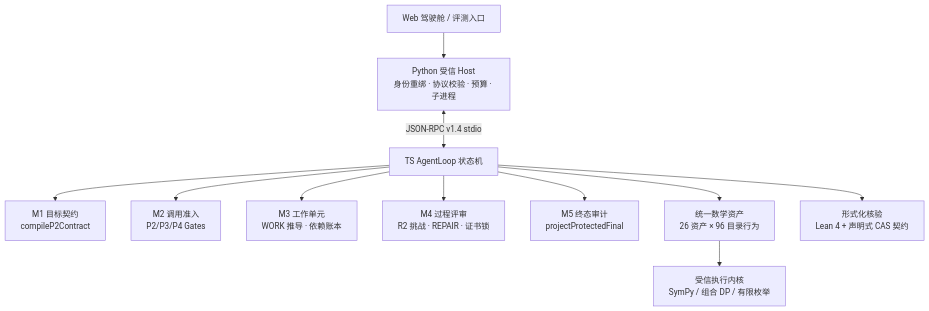
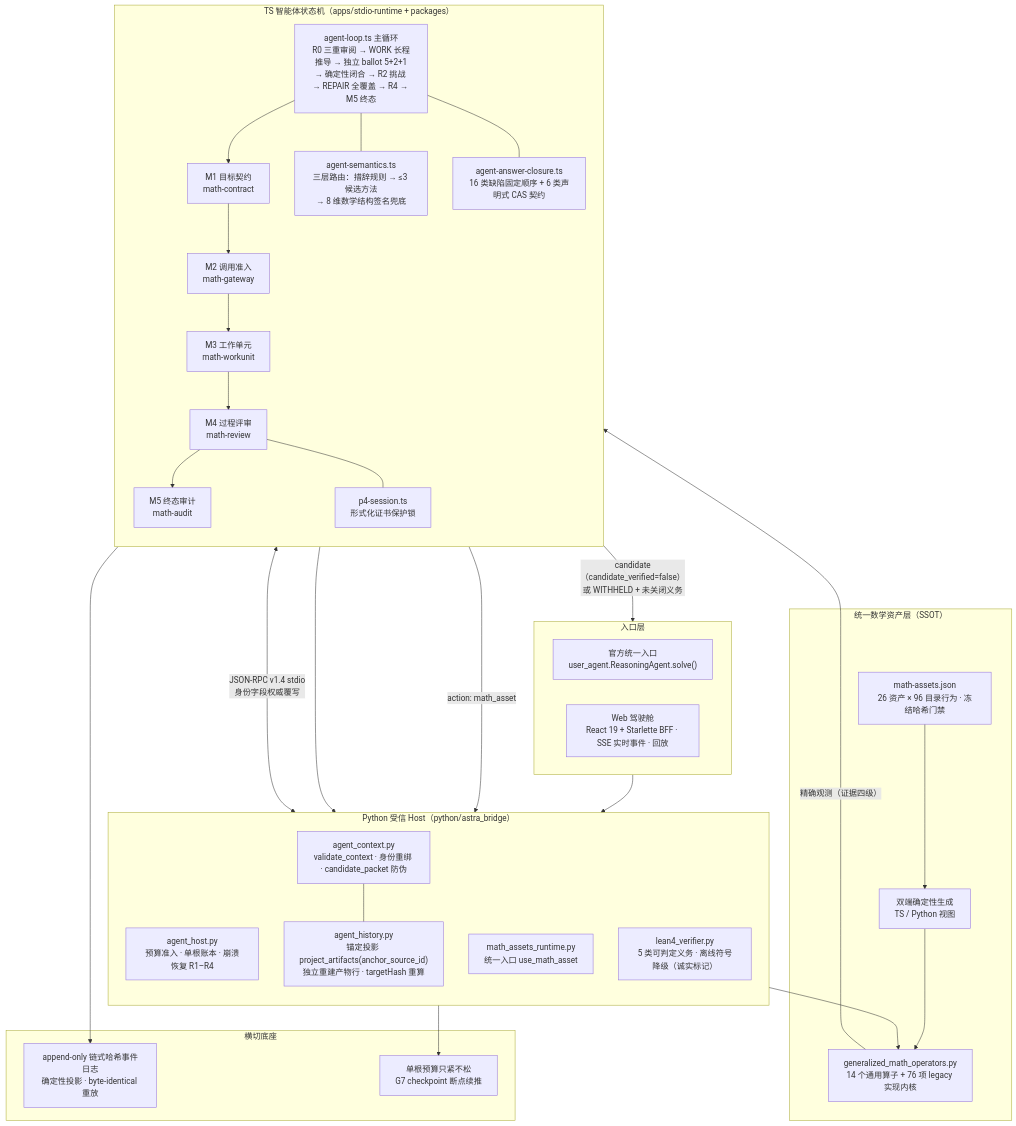
The diagram in README.md (3294682143-gif/astra-refactored), drawn with Mermaid before and after one commit. The commit also changed other lines of this file and 21 other files, not shown here.

Commit message:
feat: add one-click startup scripts, web solver config and reproduction assets

````diff
--- a/README.md
+++ b/README.md
@@ -34,13 +37,56 @@
 ```mermaid
 flowchart TD
-    UI["Web 驾驶舱 / 评测入口"] --> PY["Python 受信 Host<br/>身份重绑 · 协议校验 · 预算 · 子进程"]
-    PY <-->|"JSON-RPC v1.4 stdio"| TS["TS AgentLoop 状态机"]
-    TS --> M1["M1 目标契约<br/>compileP2Contract"]
-    TS --> M2["M2 调用准入<br/>P2/P3/P4 Gates"]
-    TS --> M3["M3 工作单元<br/>WORK 推导 · 依赖账本"]
-    TS --> M4["M4 过程评审<br/>R2 挑战 · REPAIR · 证书锁"]
-    TS --> M5["M5 终态审计<br/>projectProtectedFinal"]
-    TS --> AS["统一数学资产<br/>26 资产 × 96 目录行为"]
-    AS --> EX["受信执行内核<br/>SymPy / 组合 DP / 有限枚举"]
-    TS --> FV["形式化核验<br/>Lean 4 + 声明式 CAS 契约"]
+    subgraph ENTRY["入口层"]
+        API["官方统一入口<br/>user_agent.ReasoningAgent.solve()"]
+        WEB["Web 驾驶舱<br/>React 19 + Starlette BFF · SSE 实时事件 · 回放"]
+    end
+
+    subgraph HOST["Python 受信 Host（python/astra_bridge）"]
+        direction TB
+        AH["agent_host.py<br/>预算准入 · 单根账本 · 崩溃恢复 R1–R4"]
+        AC["agent_context.py<br/>validate_context · 身份重绑 · candidate_packet 防伪"]
+        AHIS["agent_history.py<br/>锚定投影 project_artifacts(anchor_source_id)<br/>独立重建产物行 · targetHash 重算"]
+        AM["math_assets_runtime.py<br/>统一入口 use_math_asset"]
+        LV["lean4_verifier.py<br/>5 类可判定义务 · 离线符号降级（诚实标记）"]
+    end
+
+    subgraph TSM["TS 智能体状态机（apps/stdio-runtime + packages）"]
+        direction TB
+        LOOP["agent-loop.ts 主循环<br/>R0 三重审阅 → WORK 长程推导 → 独立 ballot 5+2+1<br/>→ 确定性闭合 → R2 挑战 → REPAIR 全覆盖 → R4 → M5 终态"]
+        SEM["agent-semantics.ts<br/>三层路由：措辞规则 → ≤3 候选方法<br/>→ 8 维数学结构签名兜底"]
+        CLO["agent-answer-closure.ts<br/>16 类缺陷固定顺序 + 6 类声明式 CAS 契约"]
+        P4["p4-session.ts<br/>形式化证书保护锁"]
+        M1["M1 目标契约<br/>math-contract"]
+        M2["M2 调用准入<br/>math-gateway"]
+        M3["M3 工作单元<br/>math-workunit"]
+        M4["M4 过程评审<br/>math-review"]
+        M5["M5 终态审计<br/>math-audit"]
+        LOOP --> M1 --> M2 --> M3 --> M4 --> M5
+        LOOP --- SEM
+        LOOP --- CLO
+        M4 --- P4
+    end
+
+    subgraph ASSETS["统一数学资产层（SSOT）"]
+        JSON["math-assets.json<br/>26 资产 × 96 目录行为 · 冻结哈希门禁"]
+        GEN["双端确定性生成<br/>TS / Python 视图"]
+        OPS["generalized_math_operators.py<br/>14 个通用算子 + 76 项 legacy 实现内核"]
+        JSON --> GEN --> OPS
+    end
+
+    subgraph BASE["横切底座"]
+        LOG["append-only 链式哈希事件日志<br/>确定性投影 · byte-identical 重放"]
+        BUD["单根预算只紧不松<br/>G7 checkpoint 断点续推"]
+    end
+
+    ENTRY --> HOST
+    HOST <-->|"JSON-RPC v1.4 stdio<br/>身份字段权威覆写"| TSM
+    LOOP -->|"action: math_asset"| AM
+    AM --> OPS
+    OPS -->|"精确观测（证据四级）"| LOOP
+    CLO --> LV
+    AC --- AHIS
+    TSM --> LOG
+    HOST --> BUD
+    M5 -->|"candidate（candidate_verified=false）<br/>或 WITHHELD + 未关闭义务"| ENTRY
 ```
````
